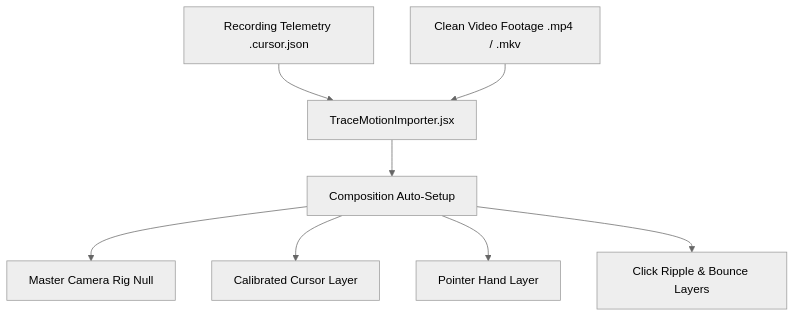
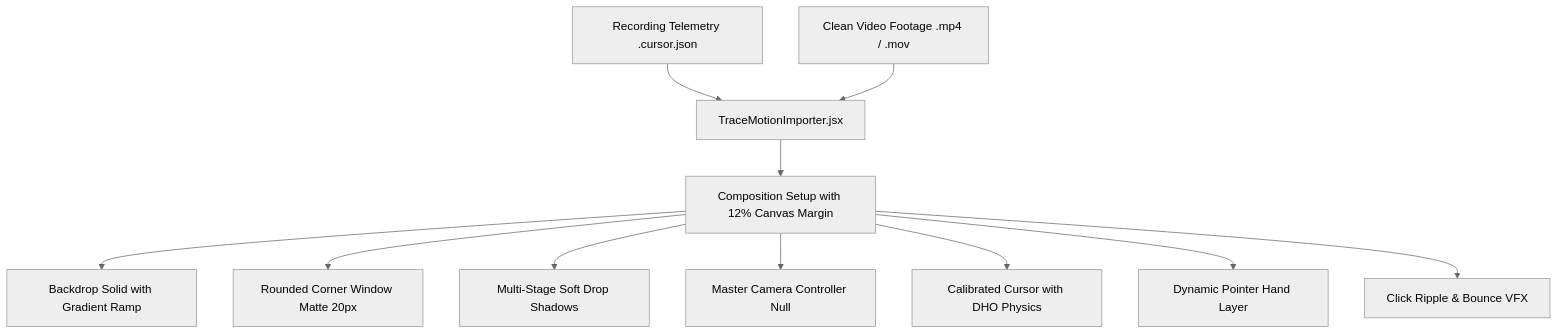
One commit to Istiyaq-Khan/TraceMotion changed the diagram in after-effects-importer/README.md. Above: the diagram before and after it, drawn with Mermaid (neutral theme). The commit also changed other lines of this file and 1 other file, not shown here.

````diff
--- a/after-effects-importer/README.md
+++ b/after-effects-importer/README.md
@@ -11,10 +12,13 @@
 ```mermaid
 flowchart TD
     JSON[Recording Telemetry .cursor.json] --> AE[TraceMotionImporter.jsx]
-    VIDEO[Clean Video Footage .mp4 / .mkv] --> AE
-    AE --> COMP[Composition Auto-Setup]
-    COMP --> RIG[Master Camera Rig Null]
-    COMP --> CURSOR[Calibrated Cursor Layer]
-    COMP --> HOVER[Pointer Hand Layer]
-    COMP --> VFX[Click Ripple & Bounce Layers]
+    VIDEO[Clean Video Footage .mp4 / .mov] --> AE
+    AE --> COMP[Composition Setup with 12% Canvas Margin]
+    COMP --> BG[Backdrop Solid with Gradient Ramp]
+    COMP --> MATTE[Rounded Corner Window Matte 20px]
+    COMP --> SHADOW[Multi-Stage Soft Drop Shadows]
+    COMP --> RIG[Master Camera Controller Null]
+    COMP --> CURSOR[Calibrated Cursor with DHO Physics]
+    COMP --> HOVER[Dynamic Pointer Hand Layer]
+    COMP --> VFX[Click Ripple & Bounce VFX]
 ```
````
